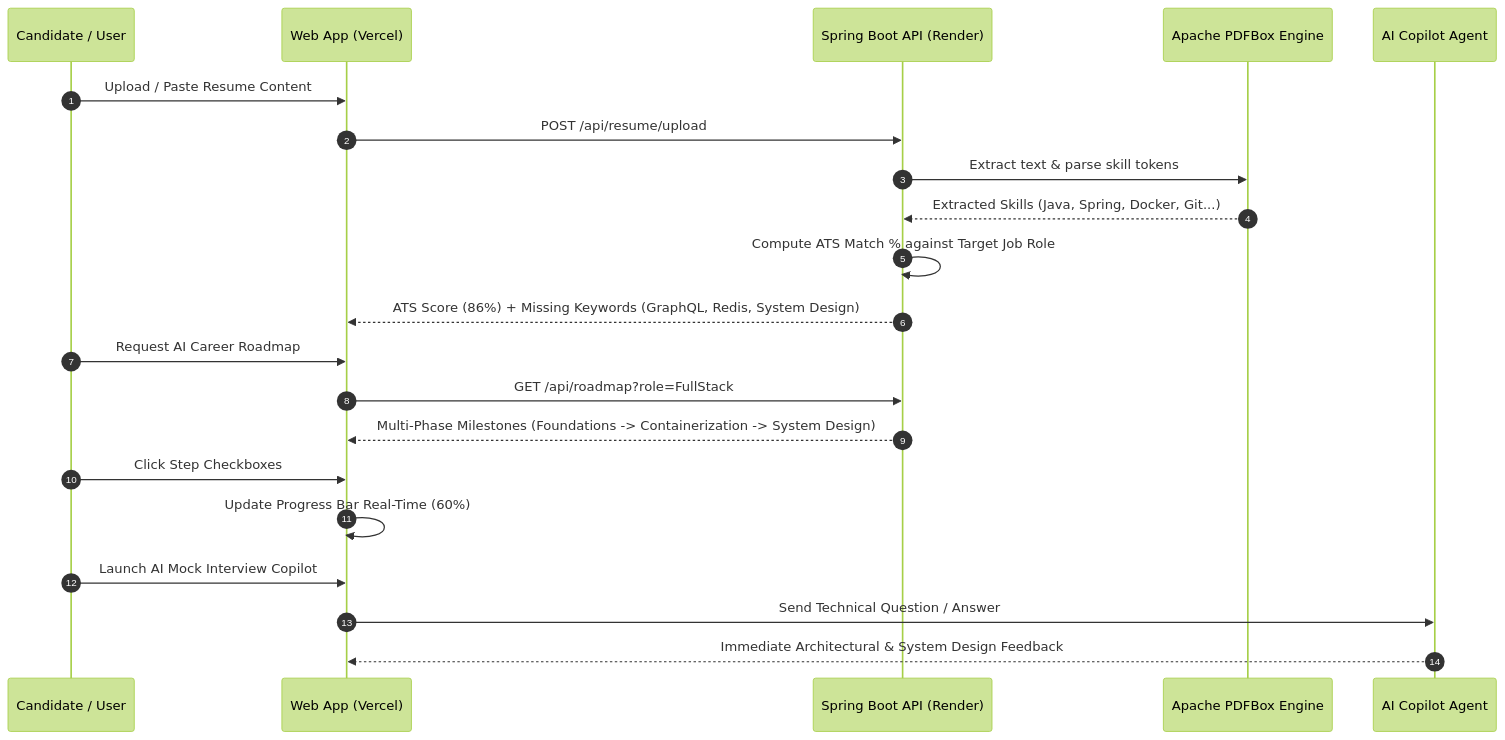
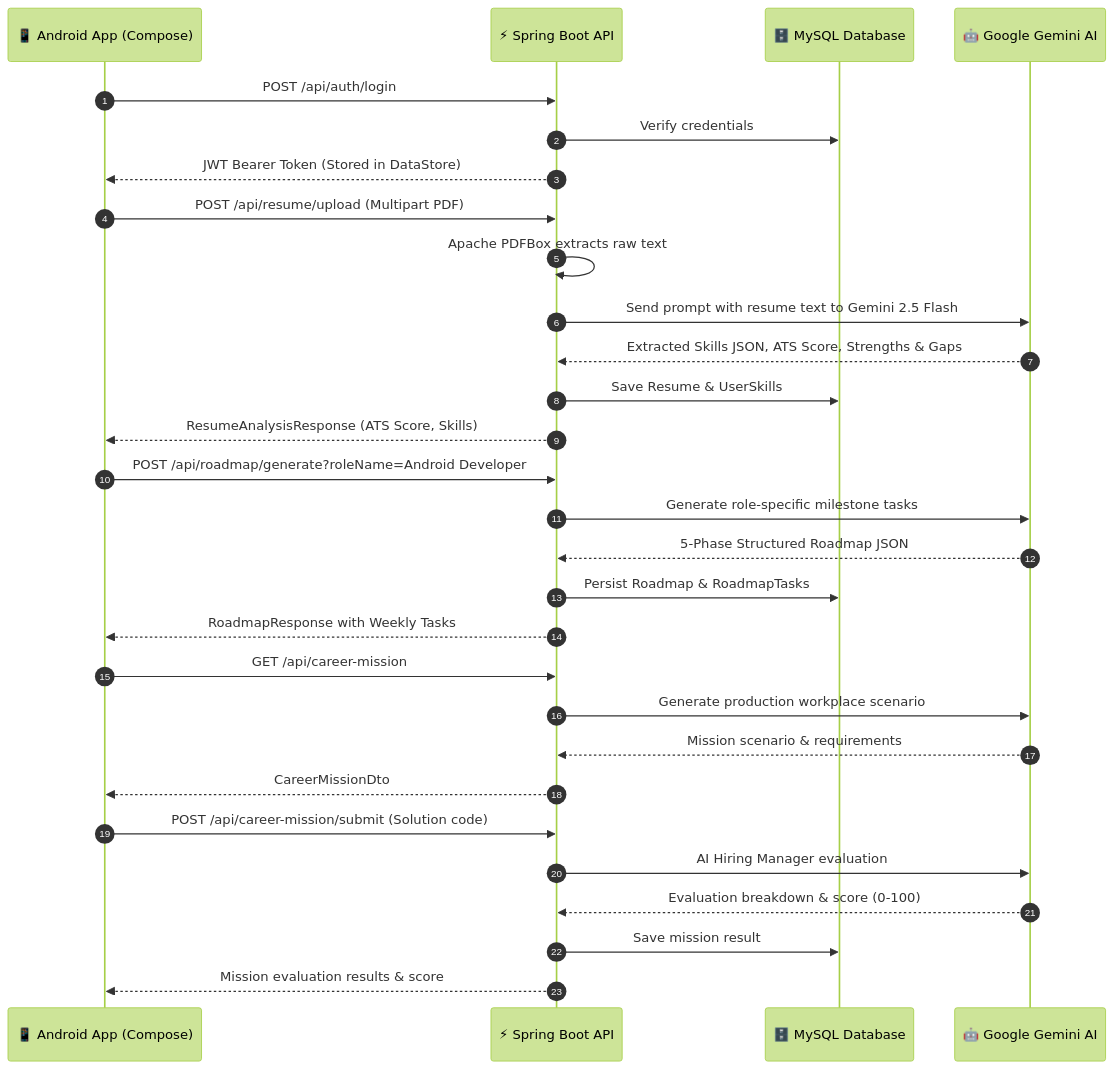
One commit to Akillesh2006/SkillBridge changed the second of 2 diagrams in README.md. Above: the diagram before and after it, drawn with Mermaid (forest theme). The commit also changed other lines of this file and 12 other files, not shown here.

Commit message:
chore(recovery): separate web companion, clean backend artifacts, and restore Android-first documentation

````diff
--- a/README.md
+++ b/README.md
@@ -119,27 +134,36 @@
 ```mermaid
 sequenceDiagram
     autonumber
-    participant U as Candidate / User
-    participant W as Web App (Vercel)
-    participant B as Spring Boot API (Render)
-    participant PDF as Apache PDFBox Engine
-    participant LLM as AI Copilot Agent
+    participant App as 📱 Android App (Compose)
+    participant API as ⚡ Spring Boot API
+    participant DB as 🗄️ MySQL Database
+    participant AI as 🤖 Google Gemini AI
 
-    U->>W: Upload / Paste Resume Content
-    W->>B: POST /api/resume/upload
-    B->>PDF: Extract text & parse skill tokens
-    PDF-->>B: Extracted Skills (Java, Spring, Docker, Git...)
-    B->>B: Compute ATS Match % against Target Job Role
-    B-->>W: ATS Score (86%) + Missing Keywords (GraphQL, Redis, System Design)
+    App->>API: POST /api/auth/login
+    API->>DB: Verify credentials
+    API-->>App: JWT Bearer Token (Stored in DataStore)
 
-    U->>W: Request AI Career Roadmap
-    W->>B: GET /api/roadmap?role=FullStack
-    B-->>W: Multi-Phase Milestones (Foundations -> Containerization -> System Design)
+    App->>API: POST /api/resume/upload (Multipart PDF)
+    API->>API: Apache PDFBox extracts raw text
+    API->>AI: Send prompt with resume text to Gemini 2.5 Flash
+    AI-->>API: Extracted Skills JSON, ATS Score, Strengths & Gaps
+    API->>DB: Save Resume & UserSkills
+    API-->>App: ResumeAnalysisResponse (ATS Score, Skills)
 
-    U->>W: Click Step Checkboxes
-    W->>W: Update Progress Bar Real-Time (60%)
+    App->>API: POST /api/roadmap/generate?roleName=Android Developer
+    API->>AI: Generate role-specific milestone tasks
+    AI-->>API: 5-Phase Structured Roadmap JSON
+    API->>DB: Persist Roadmap & RoadmapTasks
+    API-->>App: RoadmapResponse with Weekly Tasks
 
-    U->>W: Launch AI Mock Interview Copilot
-    W->>LLM: Send Technical Question / Answer
-    LLM-->>W: Immediate Architectural & System Design Feedback
+    App->>API: GET /api/career-mission
+    API->>AI: Generate production workplace scenario
+    AI-->>API: Mission scenario & requirements
+    API-->>App: CareerMissionDto
+
+    App->>API: POST /api/career-mission/submit (Solution code)
+    API->>AI: AI Hiring Manager evaluation
+    AI-->>API: Evaluation breakdown & score (0-100)
+    API->>DB: Save mission result
+    API-->>App: Mission evaluation results & score
 ```
````
